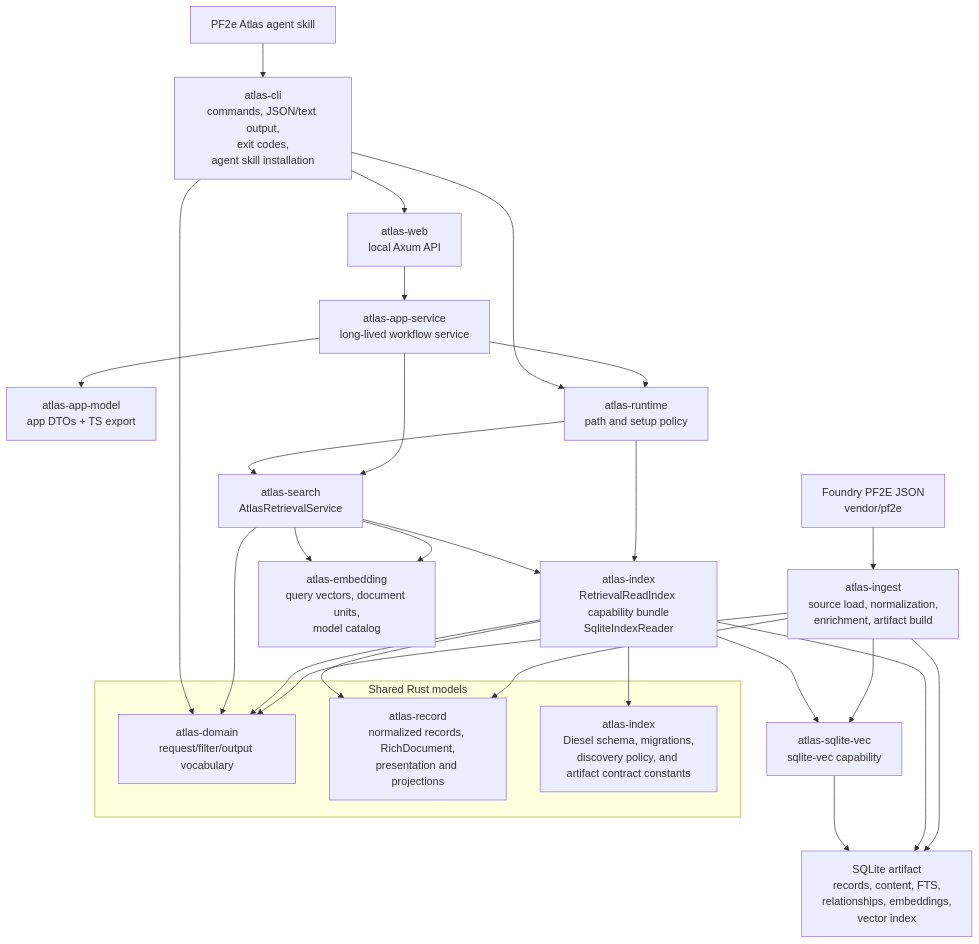
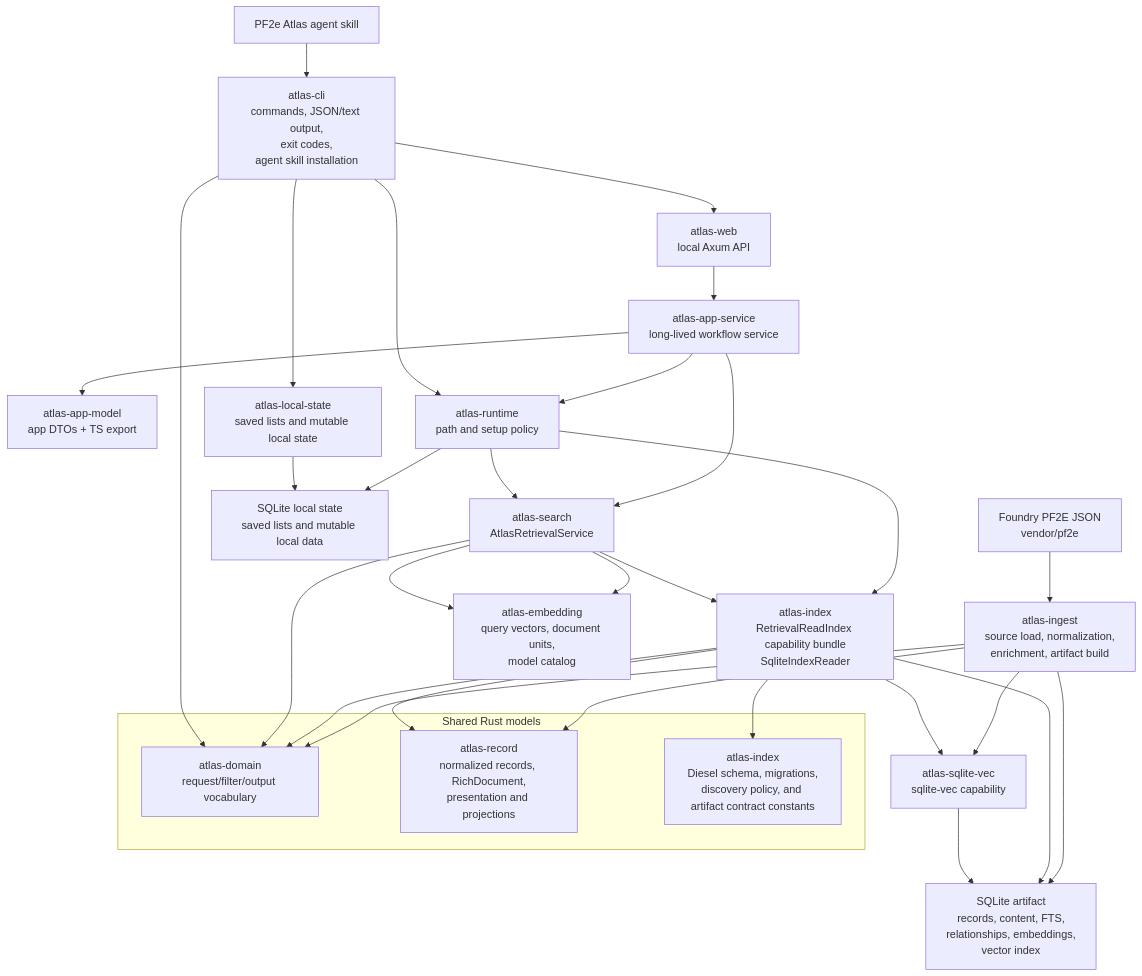
Before and after one commit to e-kosten/pf2e-atlas: the first of 4 diagrams in docs/architecture/runtime.md, drawn with Mermaid. The commit also changed other lines of this file and 37 other files, not shown here.

Commit message:
feat: add saved lists and embedded web UI

````diff
--- a/docs/architecture/runtime.md
+++ b/docs/architecture/runtime.md
@@ -9,37 +9,41 @@
 ```mermaid
 flowchart TD
     source["Foundry PF2E JSON<br/>vendor/pf2e"] --> ingest["atlas-ingest<br/>source load, normalization,<br/>enrichment, artifact build"]
     ingest --> artifact["SQLite artifact<br/>records, content, FTS,<br/>relationships, embeddings,<br/>vector index"]
+    localStateDb["SQLite local state<br/>saved lists and mutable local data"]
 
     skill["PF2e Atlas agent skill"] --> cli["atlas-cli<br/>commands, JSON/text output,<br/>exit codes,<br/>agent skill installation"]
     cli --> web["atlas-web<br/>local Axum API"]
     web --> appService["atlas-app-service<br/>long-lived workflow service"]
     appService --> appModel["atlas-app-model<br/>app DTOs + TS export"]
     appService --> runtime
     appService --> search
     cli --> runtime["atlas-runtime<br/>path and setup policy"]
+    cli --> localState["atlas-local-state<br/>saved lists and mutable local state"]
     runtime --> search["atlas-search<br/>AtlasRetrievalService"]
     runtime --> index["atlas-index<br/>RetrievalReadIndex capability bundle<br/>SqliteIndexReader"]
+    runtime --> localStateDb
+    localState --> localStateDb
 
     search --> index
     search --> embedding["atlas-embedding<br/>query vectors, document units,<br/>model catalog"]
     index --> artifact
     ingest --> sqliteVec["atlas-sqlite-vec<br/>sqlite-vec capability"]
     index --> sqliteVec
     sqliteVec --> artifact
 
     subgraph SharedRustModels["Shared Rust models"]
       domain["atlas-domain<br/>request/filter/output vocabulary"]
       record["atlas-record<br/>normalized records, RichDocument,<br/>presentation and projections"]
       artifactSchema["atlas-index<br/>Diesel schema, migrations,<br/>discovery policy, and artifact contract constants"]
     end
 
     ingest --> domain
     ingest --> record
     index --> domain
     index --> record
     index --> artifactSchema
     search --> domain
     search --> embedding
     cli --> domain
 ```
````
